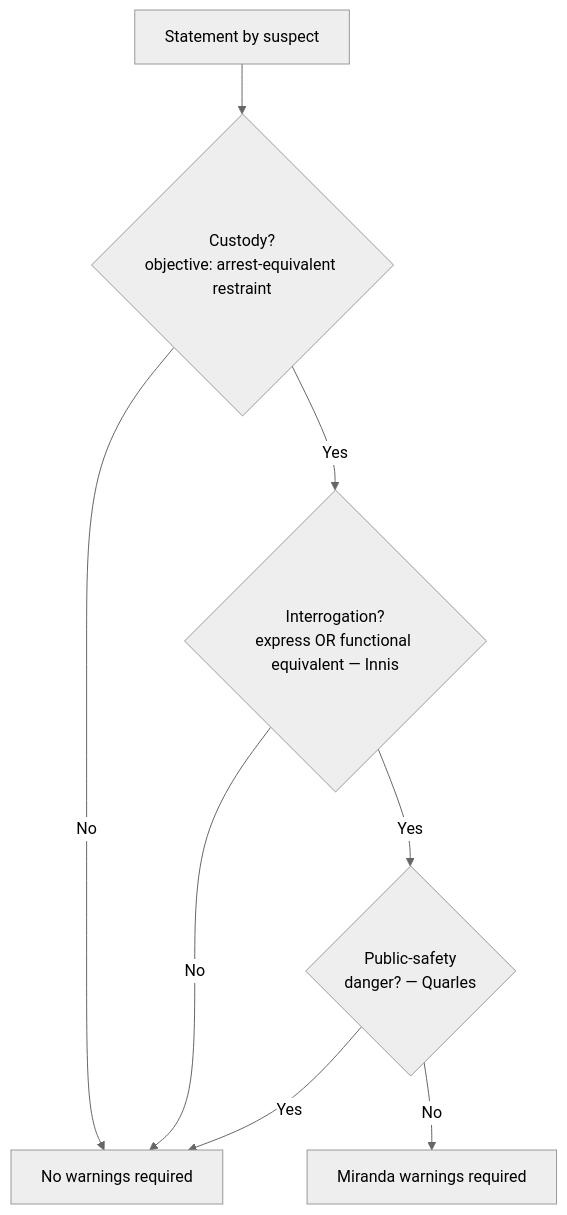
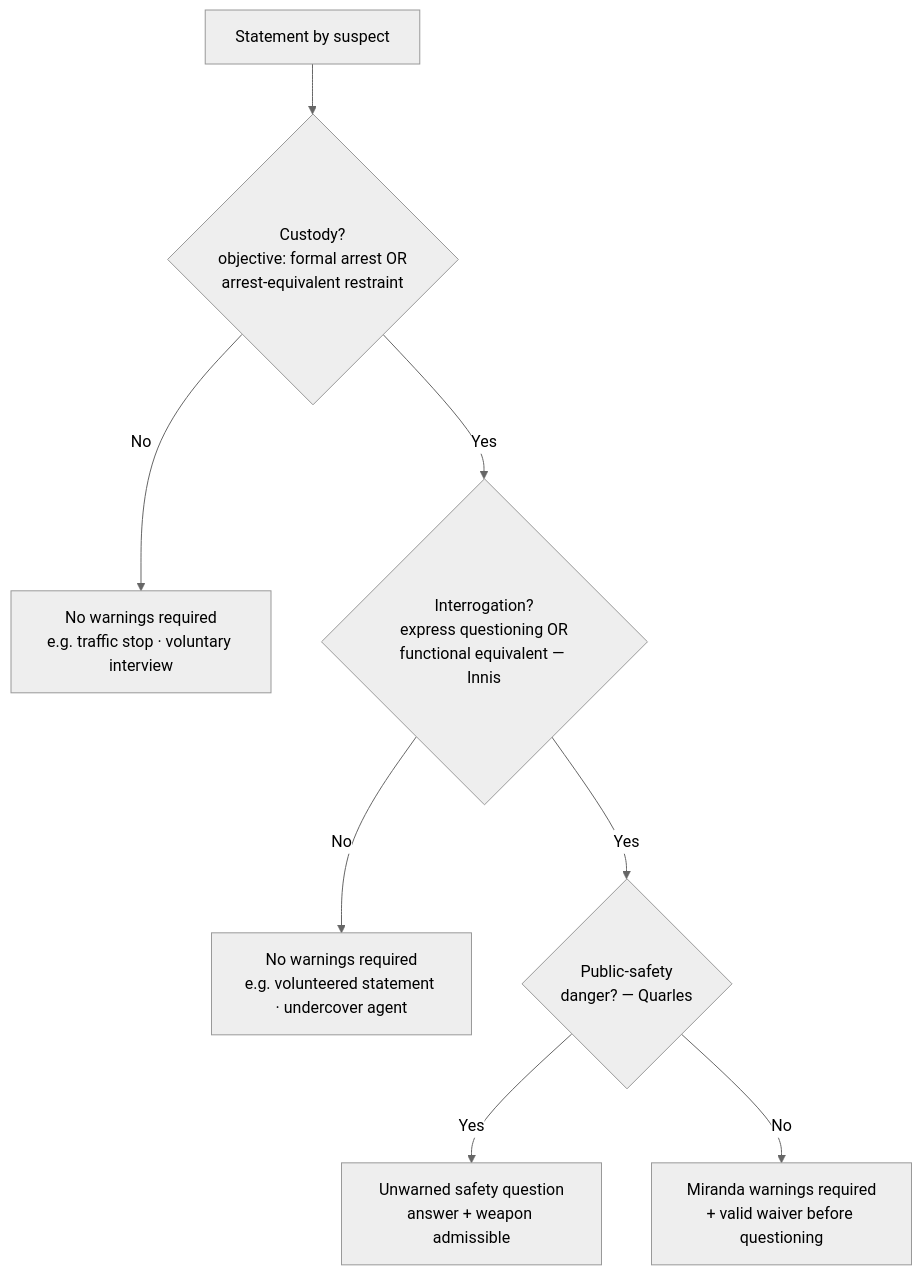
The diagram in content/9-confessions-interrogation/Miranda and Custodial Interrogation.md (Enragedsaturday/cssi), drawn with Mermaid (neutral theme) before and after one commit. The commit also changed other lines of this file and 4 other files, not shown here.

````diff
--- a/content/9-confessions-interrogation/Miranda and Custodial Interrogation.md
+++ b/content/9-confessions-interrogation/Miranda and Custodial Interrogation.md
@@ -69,10 +104,10 @@
 ```mermaid
 flowchart TD
-    A[Statement by suspect] --> B{Custody?<br/>objective: arrest-equivalent restraint}
-    B -- No --> N[No warnings required]
-    B -- Yes --> C{Interrogation?<br/>express OR functional equivalent — Innis}
-    C -- No --> N
+    A[Statement by suspect] --> B{Custody?<br/>objective: formal arrest OR<br/>arrest-equivalent restraint}
+    B -- No --> N[No warnings required<br/>e.g. traffic stop · voluntary interview]
+    B -- Yes --> C{Interrogation?<br/>express questioning OR<br/>functional equivalent — Innis}
+    C -- No --> N2[No warnings required<br/>e.g. volunteered statement · undercover agent]
     C -- Yes --> D{Public-safety<br/>danger? — Quarles}
-    D -- Yes --> N
-    D -- No --> W[Miranda warnings required]
+    D -- Yes --> E[Unwarned safety question<br/>answer + weapon admissible]
+    D -- No --> W[Miranda warnings required<br/>+ valid waiver before questioning]
 ```
````
